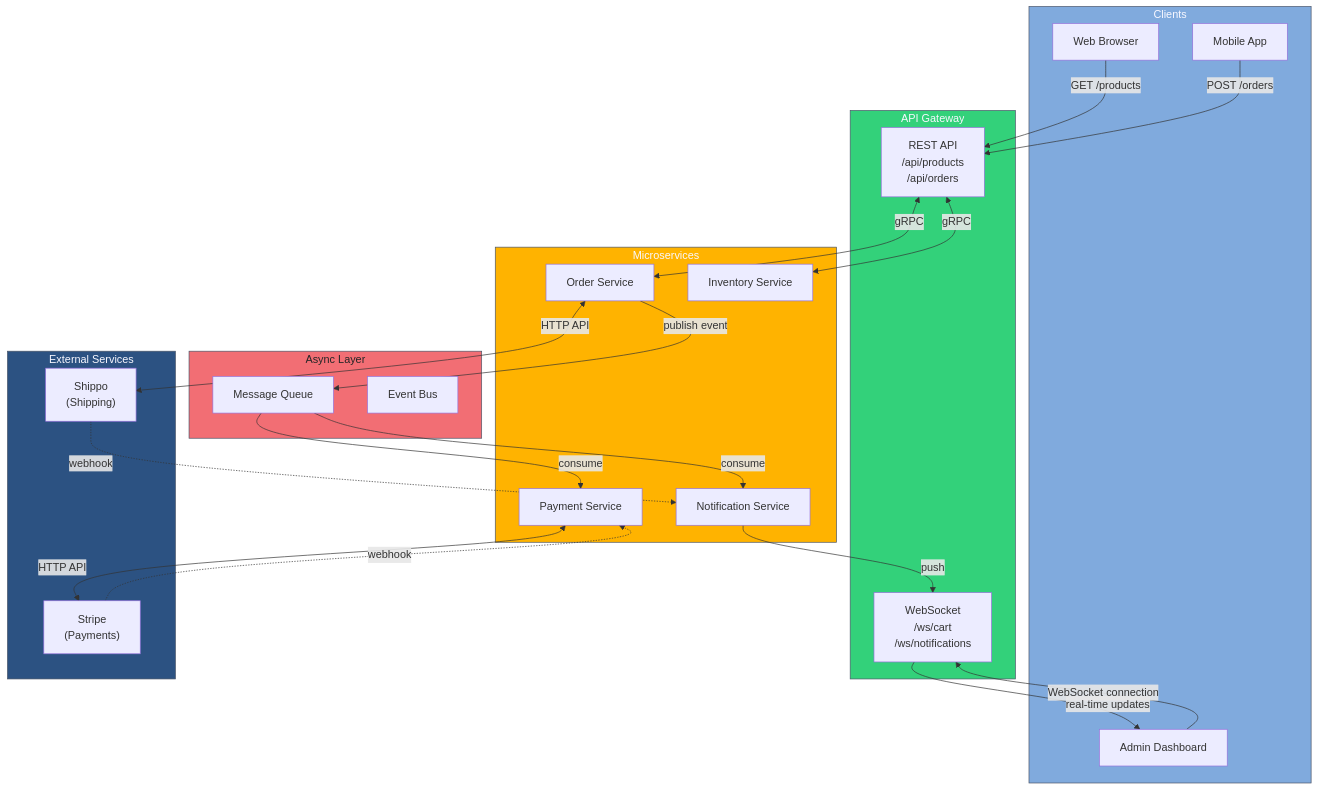
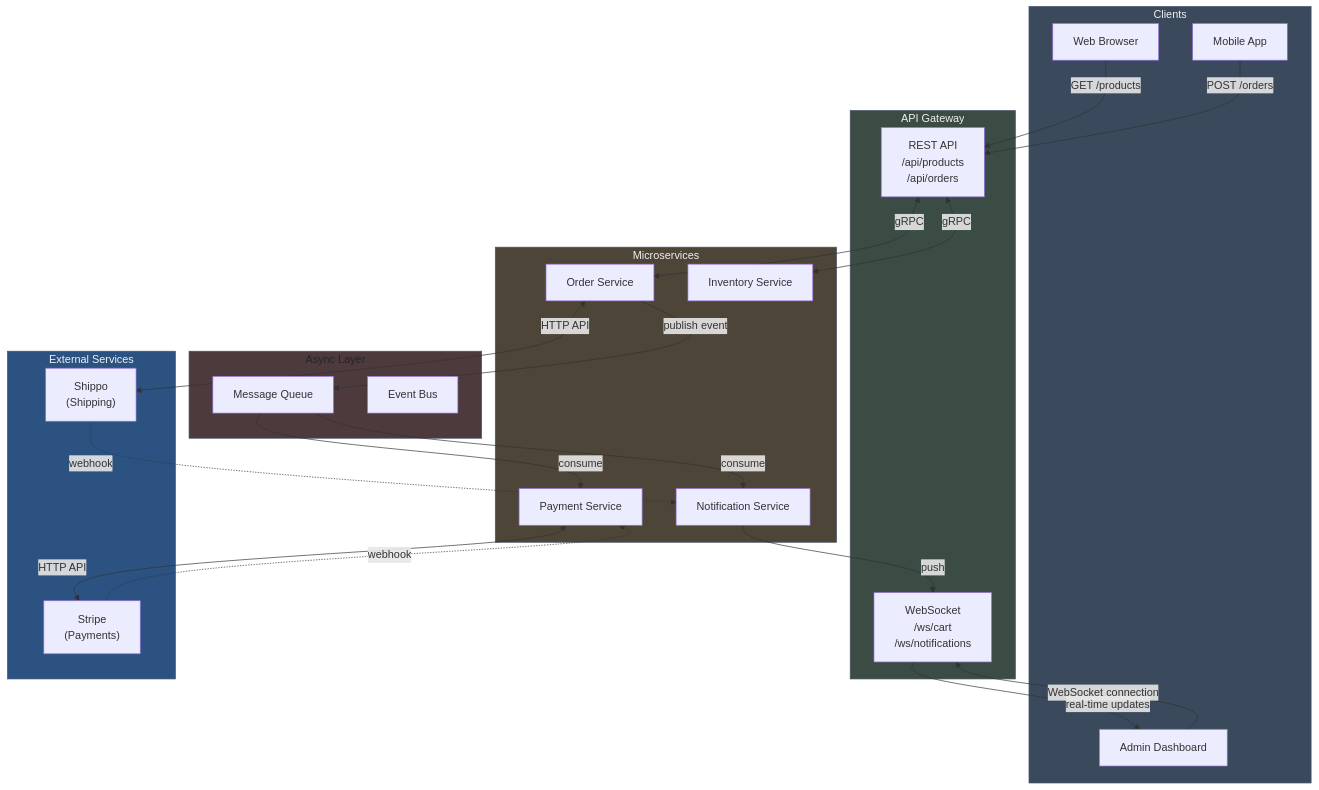
One commit to blackwell-systems/blog changed diagram 22 of 24 in content/posts/api-communication-patterns-guide.md. Above: the diagram before and after it, drawn with Mermaid. The commit also changed other lines of this file and 4 other files, not shown here.

```diff
--- a/content/posts/api-communication-patterns-guide.md
+++ b/content/posts/api-communication-patterns-guide.md
@@ -1474,56 +1474,56 @@
 {{< mermaid >}}
 flowchart TB
     subgraph clients["Clients"]
         web["Web Browser"]
         mobile["Mobile App"]
         admin["Admin Dashboard"]
     end
 
     subgraph api["API Gateway"]
         rest["REST API<br/>/api/products<br/>/api/orders"]
         ws["WebSocket<br/>/ws/cart<br/>/ws/notifications"]
     end
 
     subgraph services["Microservices"]
         order["Order Service"]
         inventory["Inventory Service"]
         payment["Payment Service"]
         notification["Notification Service"]
     end
 
     subgraph async["Async Layer"]
         queue["Message Queue"]
         events["Event Bus"]
     end
 
     subgraph external["External Services"]
         stripe["Stripe<br/>(Payments)"]
         shippo["Shippo<br/>(Shipping)"]
     end
 
     web -->|GET /products| rest
     mobile -->|POST /orders| rest
     admin -->|WebSocket connection| ws
 
     rest <-->|gRPC| order
     rest <-->|gRPC| inventory
 
     order -->|publish event| queue
     queue -->|consume| payment
     queue -->|consume| notification
 
     payment <-->|HTTP API| stripe
     stripe -.->|webhook| payment
 
     order <-->|HTTP API| shippo
     shippo -.->|webhook| notification
 
     notification -->|push| ws
     ws -->|real-time updates| admin
 
-    style clients fill:#80AADD,stroke:#4a5568,color:#f8f8ff
-    style api fill:#33D17A,stroke:#4a5568,color:#f8f8ff
-    style services fill:#FFB300,stroke:#4a5568,color:#f8f8ff
-    style async fill:#F26E74,stroke:#4a5568,color:#252627
-    style external fill:#2c5282,stroke:#4a5568,color:#f8f8ff
+    style clients fill:#3A4A5C,stroke:#4a5568,color:#f0f0f0
+    style api fill:#3A4C43,stroke:#4a5568,color:#f0f0f0
+    style services fill:#4C4538,stroke:#4a5568,color:#f0f0f0
+    style async fill:#4C3A3C,stroke:#4a5568,color:#252627
+    style external fill:#2c5282,stroke:#4a5568,color:#f0f0f0
 {{< /mermaid >}}
```
